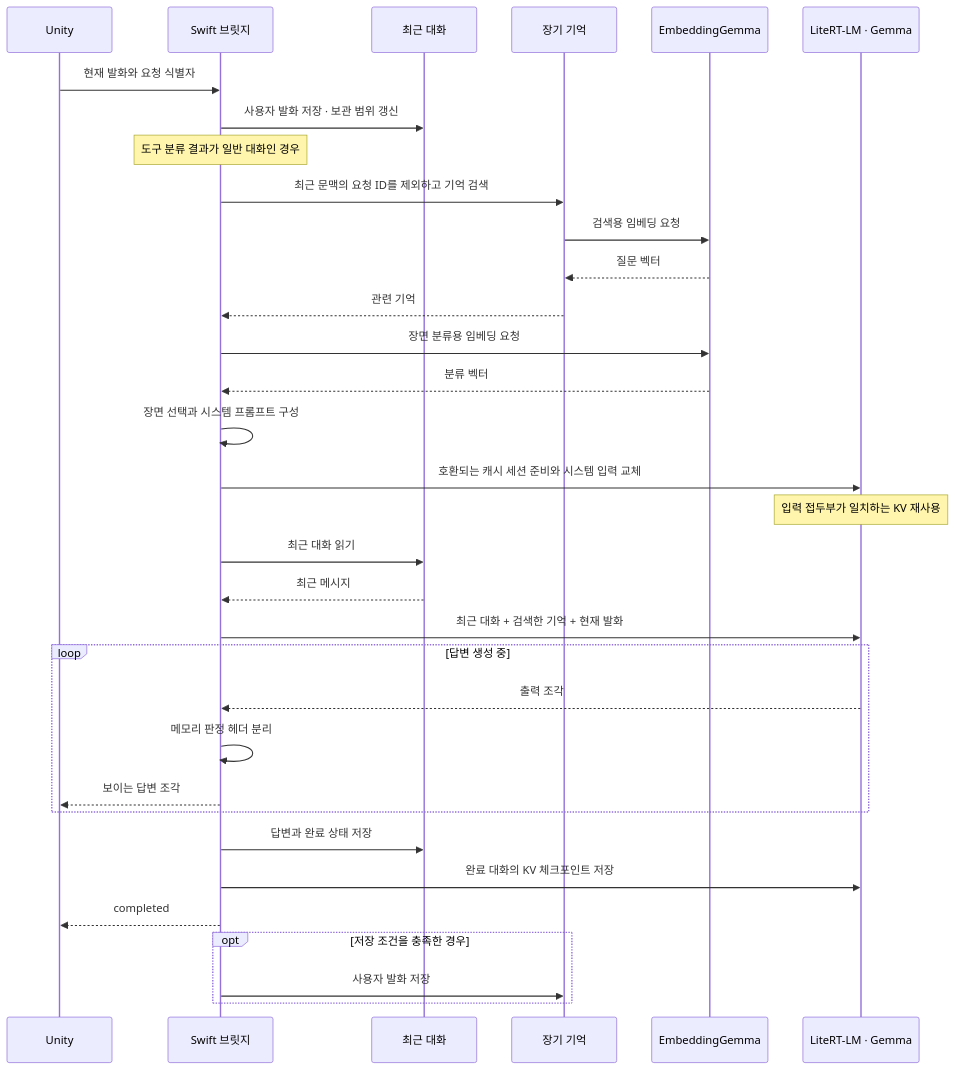
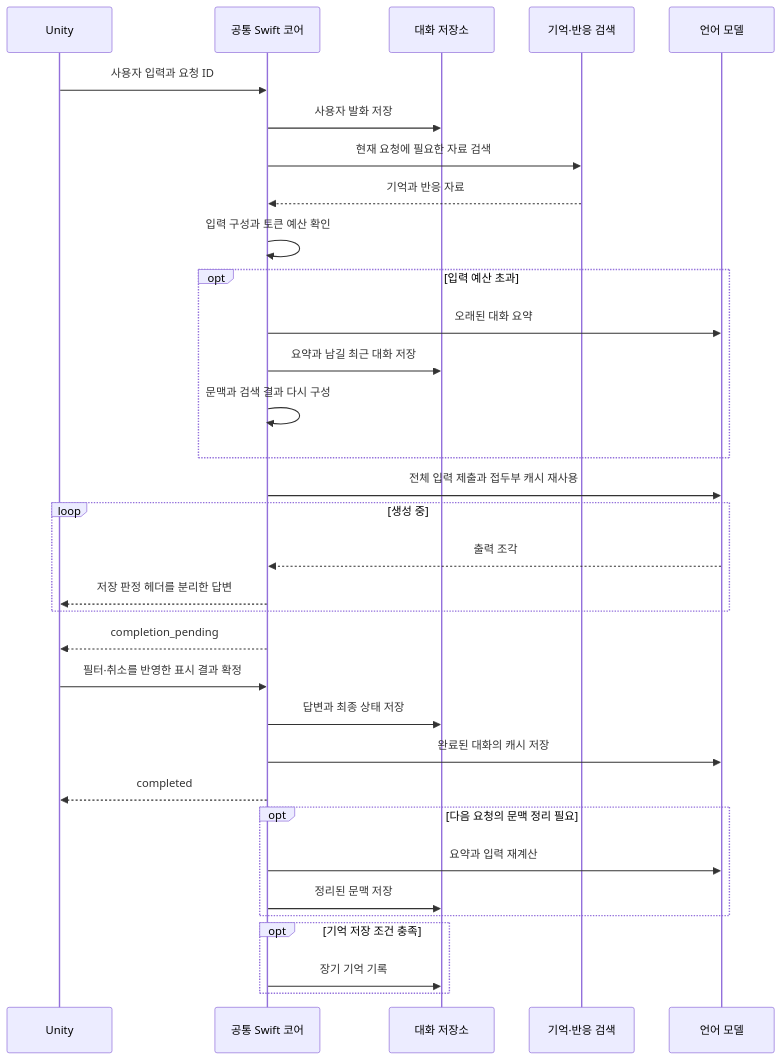
One commit to pysunn14/docs-beolmuri-ai changed the second of 2 diagrams in src/content/docs/architecture/Architecture.md. Above: the diagram before and after it, drawn with Mermaid. The commit also changed other lines of this file and 21 other files, not shown here.

Commit message:
docs: refresh shared runtime, dialogue and memory architecture

````diff
--- a/src/content/docs/architecture/Architecture.md
+++ b/src/content/docs/architecture/Architecture.md
@@ -82,38 +76,35 @@
 ```mermaid
 sequenceDiagram
     participant U as Unity
-    participant B as Swift 브릿지
-    participant H as 최근 대화
-    participant M as 장기 기억
-    participant E as EmbeddingGemma
-    participant G as LiteRT-LM · Gemma
-
-    U->>B: 현재 발화와 요청 식별자
-    B->>H: 사용자 발화 저장 · 보관 범위 갱신
-    Note over B: 도구 분류 결과가 일반 대화인 경우
-    B->>M: 최근 문맥의 요청 ID를 제외하고 기억 검색
-    M->>E: 검색용 임베딩 요청
-    E-->>M: 질문 벡터
-    M-->>B: 관련 기억
-    B->>E: 장면 분류용 임베딩 요청
-    E-->>B: 분류 벡터
-    B->>B: 장면 선택과 시스템 프롬프트 구성
-    B->>G: 호환되는 캐시 세션 준비와 시스템 입력 교체
-    Note over G: 입력 접두부가 일치하는 KV 재사용
-    B->>H: 최근 대화 읽기
-    H-->>B: 최근 메시지
-    B->>G: 최근 대화 + 검색한 기억 + 현재 발화
-
-    loop 답변 생성 중
-        G-->>B: 출력 조각
-        B->>B: 메모리 판정 헤더 분리
-        B-->>U: 보이는 답변 조각
+    participant C as 공통 Swift 코어
+    participant S as 대화 저장소
+    participant R as 기억·반응 검색
+    participant G as 언어 모델
+    U->>C: 사용자 입력과 요청 ID
+    C->>S: 사용자 발화 저장
+    C->>R: 현재 요청에 필요한 자료 검색
+    R-->>C: 기억과 반응 자료
+    C->>C: 입력 구성과 토큰 예산 확인
+    opt 입력 예산 초과
+        C->>G: 오래된 대화 요약
+        C->>S: 요약과 남길 최근 대화 저장
+        C->>C: 문맥과 검색 결과 다시 구성
     end
-
-    B->>H: 답변과 완료 상태 저장
-    B->>G: 완료 대화의 KV 체크포인트 저장
-    B-->>U: completed
-    opt 저장 조건을 충족한 경우
-        B->>M: 사용자 발화 저장
+    C->>G: 전체 입력 제출과 접두부 캐시 재사용
+    loop 생성 중
+        G-->>C: 출력 조각
+        C-->>U: 저장 판정 헤더를 분리한 답변
+    end
+    C-->>U: completion_pending
+    U->>C: 필터·취소를 반영한 표시 결과 확정
+    C->>S: 답변과 최종 상태 저장
+    C->>G: 완료된 대화의 캐시 저장
+    C-->>U: completed
+    opt 다음 요청의 문맥 정리 필요
+        C->>G: 요약과 입력 재계산
+        C->>S: 정리된 문맥 저장
+    end
+    opt 기억 저장 조건 충족
+        C->>S: 장기 기억 기록
     end
 ```
````
